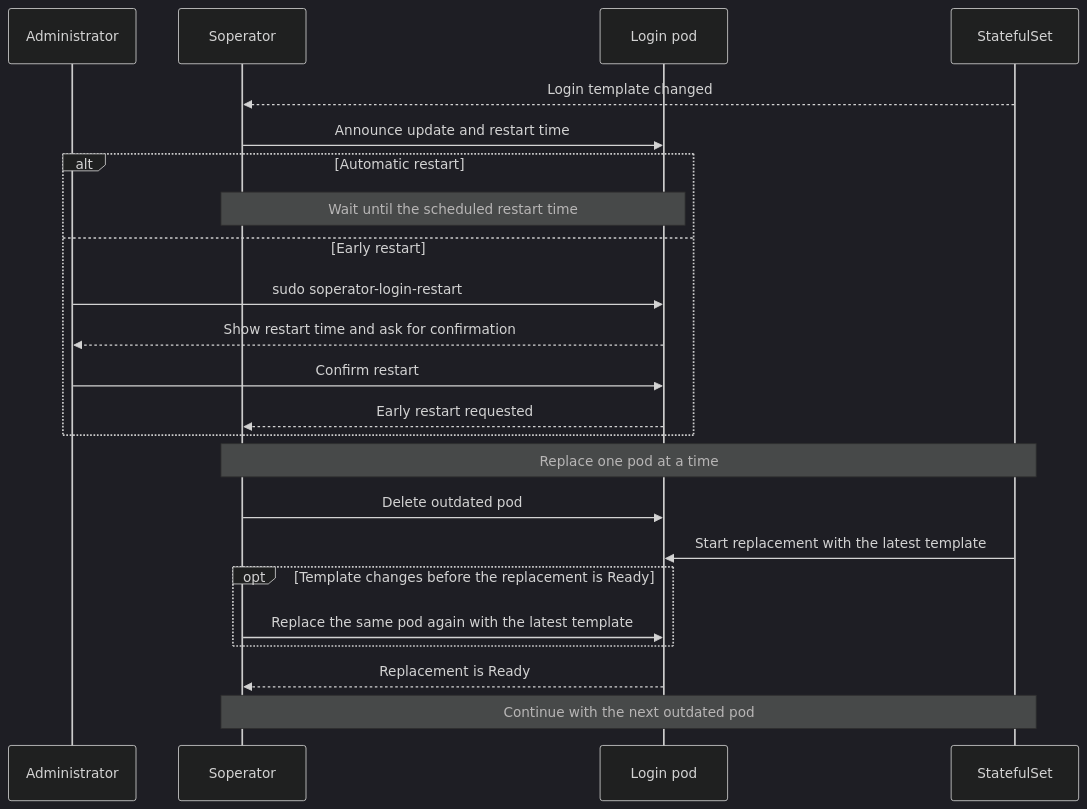
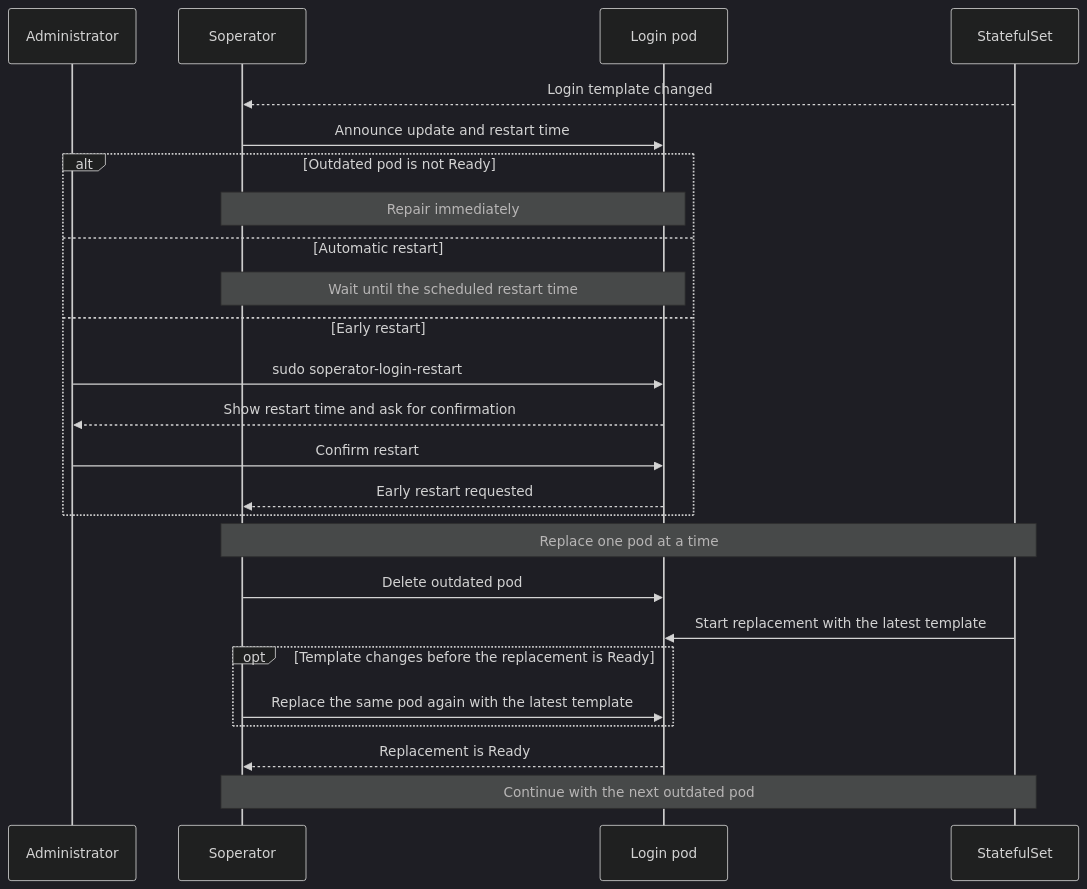
Before and after one commit to nebius/soperator: the diagram in docs/login-pod-updates.md, drawn with Mermaid (dark theme). The commit also changed other lines of this file and 14 other files, not shown here.

````diff
--- a/docs/login-pod-updates.md
+++ b/docs/login-pod-updates.md
@@ -42,26 +43,28 @@
 ```mermaid
 sequenceDiagram
     participant A as Administrator
     participant O as Soperator
     participant L as Login pod
     participant T as StatefulSet
 
     T-->>O: Login template changed
     O->>L: Announce update and restart time
-    alt Automatic restart
+    alt Outdated pod is not Ready
+        Note over O,L: Repair immediately
+    else Automatic restart
         Note over O,L: Wait until the scheduled restart time
     else Early restart
         A->>L: sudo soperator-login-restart
         L-->>A: Show restart time and ask for confirmation
         A->>L: Confirm restart
         L-->>O: Early restart requested
     end
     Note over O,T: Replace one pod at a time
     O->>L: Delete outdated pod
     T->>L: Start replacement with the latest template
     opt Template changes before the replacement is Ready
         O->>L: Replace the same pod again with the latest template
     end
     L-->>O: Replacement is Ready
     Note over O,T: Continue with the next outdated pod
 ```
````
